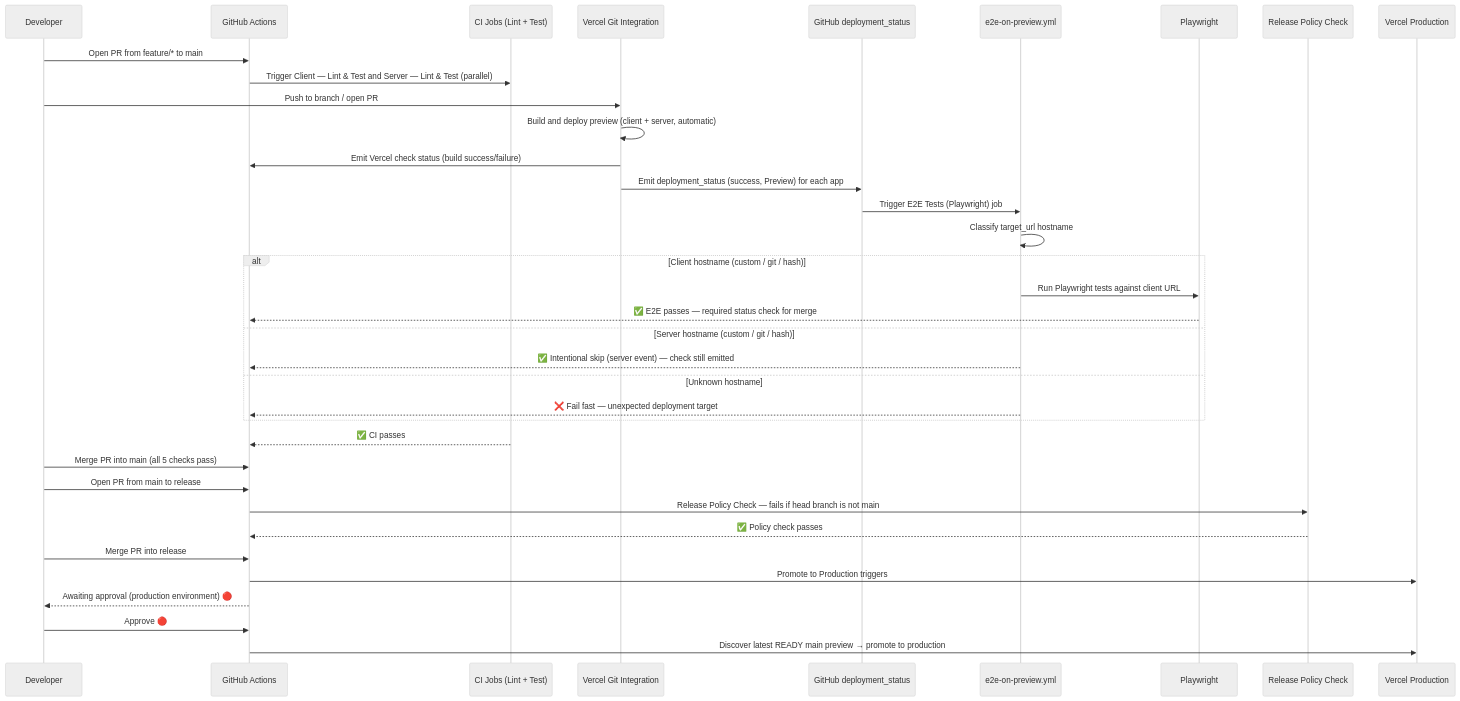
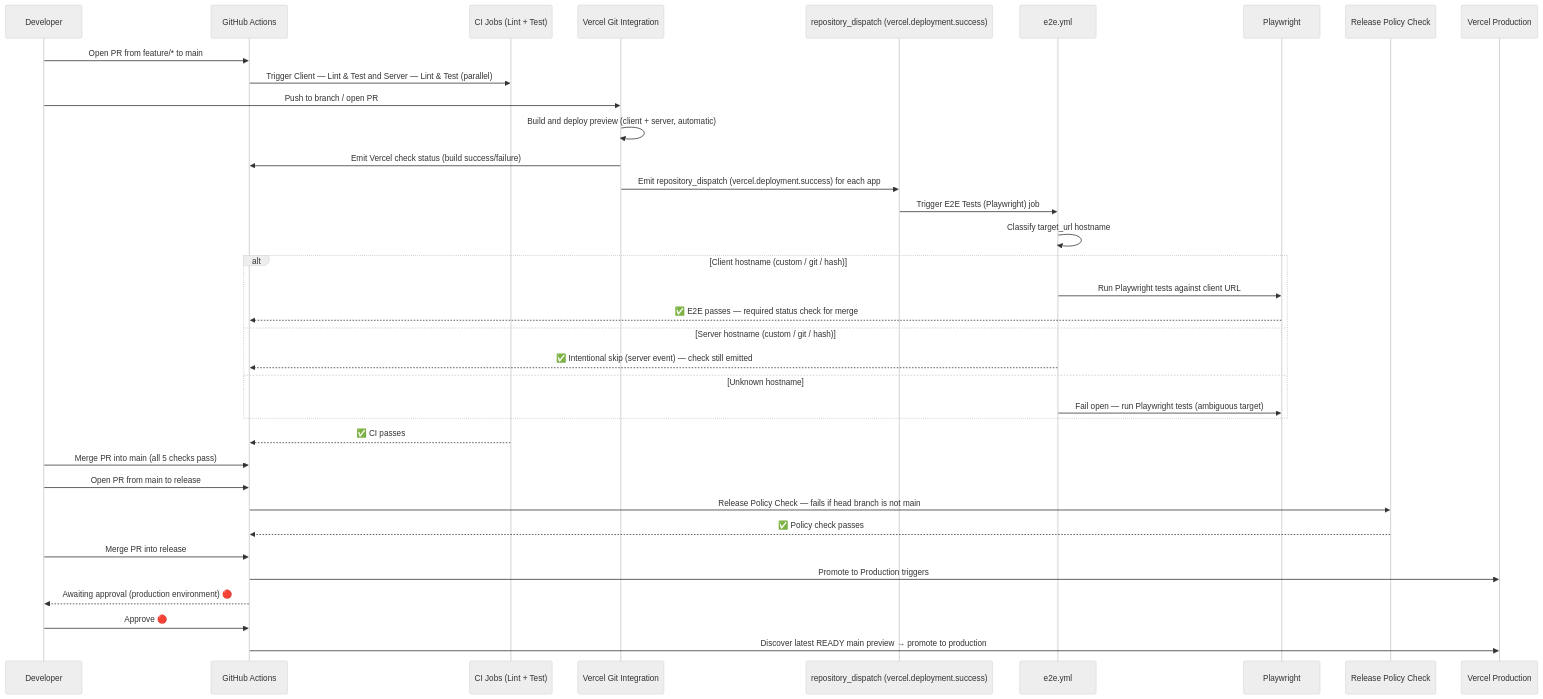
One commit to Khorolev/Ichnos_Protocol changed the diagram in DEPLOYMENT_GITHUB_ACTIONS.md. Above: the diagram before and after it, drawn with Mermaid (neutral theme). The commit also changed other lines of this file and 11 other files, not shown here.

````diff
--- a/DEPLOYMENT_GITHUB_ACTIONS.md
+++ b/DEPLOYMENT_GITHUB_ACTIONS.md
@@ -7,40 +7,40 @@
 ```mermaid
 sequenceDiagram
     participant Dev as Developer
     participant GH as GitHub Actions
     participant CI as CI Jobs (Lint + Test)
     participant Vercel as Vercel Git Integration
-    participant DS as GitHub deployment_status
-    participant E2E as e2e-on-preview.yml
+    participant DS as repository_dispatch (vercel.deployment.success)
+    participant E2E as e2e.yml
     participant PW as Playwright
     participant RPC as Release Policy Check
     participant Prod as Vercel Production
 
     Dev->>GH: Open PR from feature/* to main
     GH->>CI: Trigger Client — Lint & Test and Server — Lint & Test (parallel)
     Dev->>Vercel: Push to branch / open PR
     Vercel->>Vercel: Build and deploy preview (client + server, automatic)
     Vercel->>GH: Emit Vercel check status (build success/failure)
-    Vercel->>DS: Emit deployment_status (success, Preview) for each app
+    Vercel->>DS: Emit repository_dispatch (vercel.deployment.success) for each app
     DS->>E2E: Trigger E2E Tests (Playwright) job
     E2E->>E2E: Classify target_url hostname
     alt Client hostname (custom / git / hash)
         E2E->>PW: Run Playwright tests against client URL
         PW-->>GH: ✅ E2E passes — required status check for merge
     else Server hostname (custom / git / hash)
         E2E-->>GH: ✅ Intentional skip (server event) — check still emitted
     else Unknown hostname
-        E2E-->>GH: ❌ Fail fast — unexpected deployment target
+        E2E->>PW: Fail open — run Playwright tests (ambiguous target)
     end
     CI-->>GH: ✅ CI passes
     Dev->>GH: Merge PR into main (all 5 checks pass)
 
     Dev->>GH: Open PR from main to release
     GH->>RPC: Release Policy Check — fails if head branch is not main
     RPC-->>GH: ✅ Policy check passes
     Dev->>GH: Merge PR into release
     GH->>Prod: Promote to Production triggers
     GH-->>Dev: Awaiting approval (production environment) 🔴
     Dev->>GH: Approve 🔴
     GH->>Prod: Discover latest READY main preview → promote to production
 ```
````
